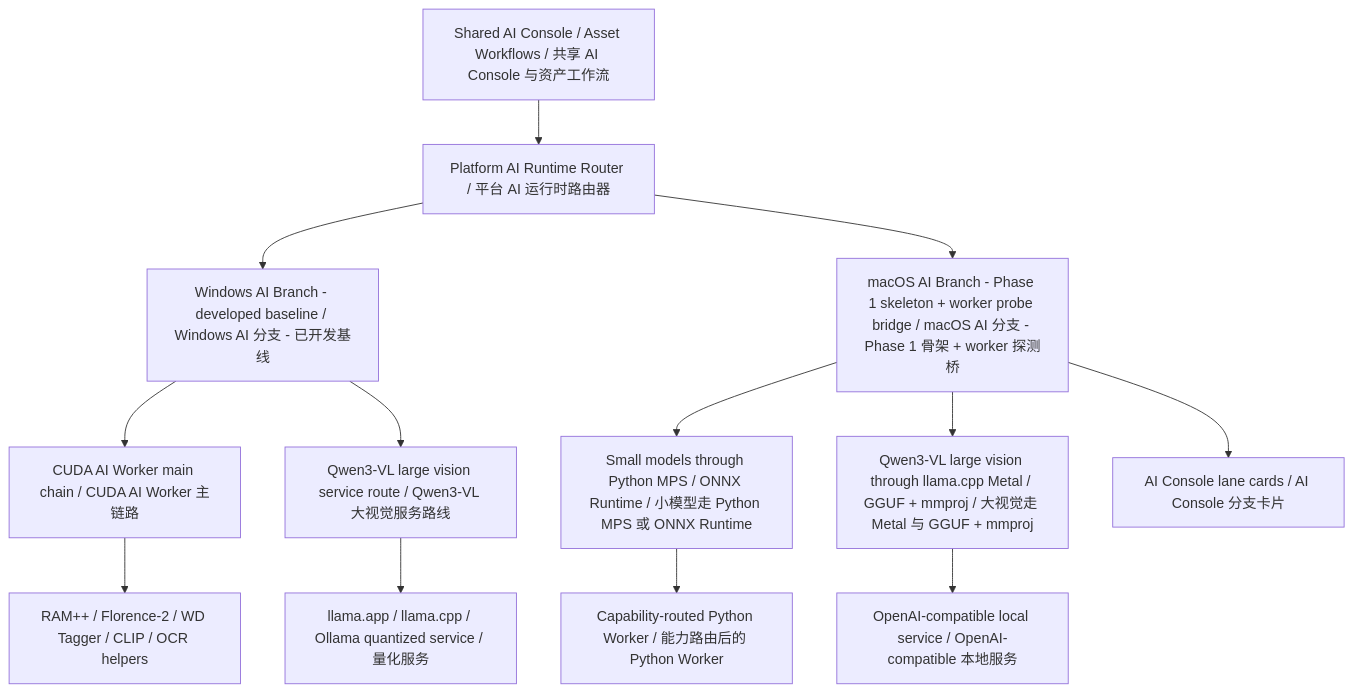
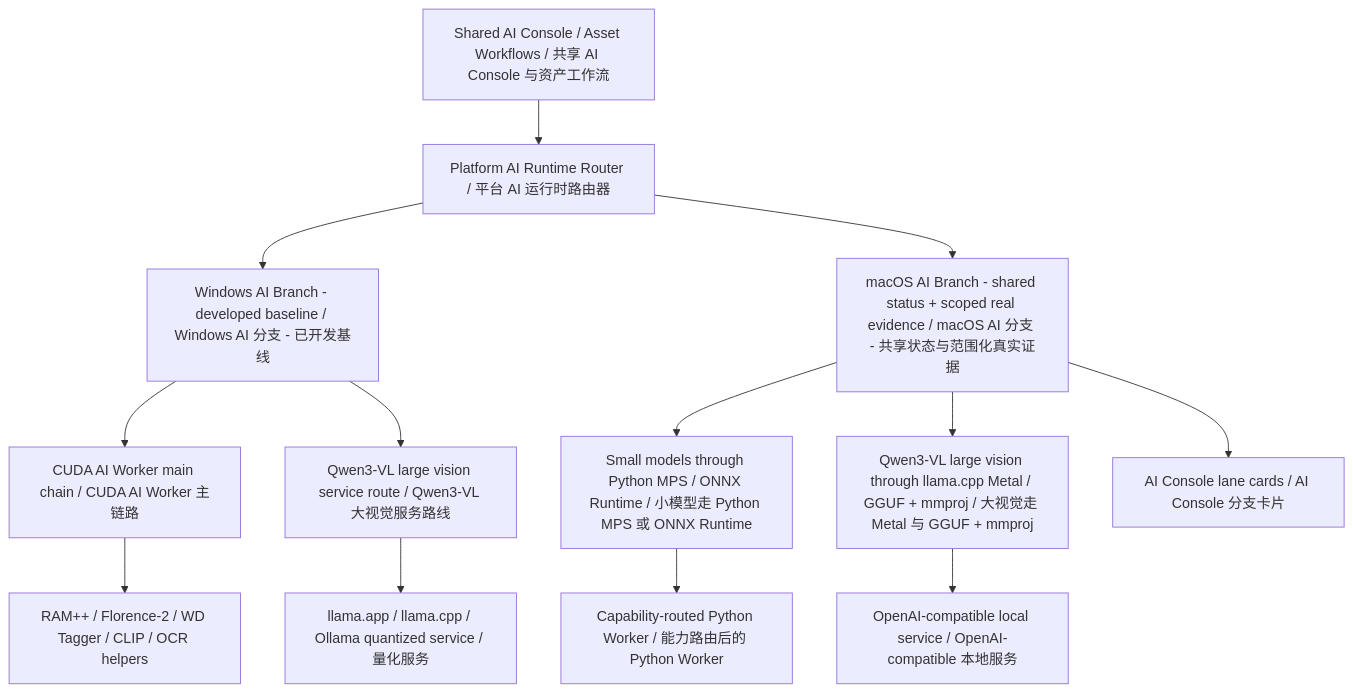
Before and after one commit to zhr0210/design-asset-manager: the fifth of 6 diagrams in docs/architecture-mindmap.md, drawn with Mermaid. The commit also changed other lines of this file and 7 other files, not shown here.

Commit message:
Align cross-platform architecture baseline

````diff
--- a/docs/architecture-mindmap.md
+++ b/docs/architecture-mindmap.md
@@ -266,17 +266,17 @@
 ```mermaid
 flowchart TB
   SharedUI["Shared AI Console / Asset Workflows / 共享 AI Console 与资产工作流"] --> RuntimeRouter["Platform AI Runtime Router / 平台 AI 运行时路由器"]
   RuntimeRouter --> WindowsBranch["Windows AI Branch - developed baseline / Windows AI 分支 - 已开发基线"]
-  RuntimeRouter --> MacBranch["macOS AI Branch - Phase 1 skeleton + worker probe bridge / macOS AI 分支 - Phase 1 骨架 + worker 探测桥"]
+  RuntimeRouter --> MacBranch["macOS AI Branch - shared status + scoped real evidence / macOS AI 分支 - 共享状态与范围化真实证据"]
 
   WindowsBranch --> WinSmall["CUDA AI Worker main chain / CUDA AI Worker 主链路"]
   WindowsBranch --> WinLarge["Qwen3-VL large vision service route / Qwen3-VL 大视觉服务路线"]
   WinSmall --> WinCoop["RAM++ / Florence-2 / WD Tagger / CLIP / OCR helpers"]
   WinLarge --> WinService["llama.app / llama.cpp / Ollama quantized service / 量化服务"]
 
   MacBranch --> MacSmall["Small models through Python MPS / ONNX Runtime / 小模型走 Python MPS 或 ONNX Runtime"]
   MacBranch --> MacLarge["Qwen3-VL large vision through llama.cpp Metal / GGUF + mmproj / 大视觉走 Metal 与 GGUF + mmproj"]
   MacBranch --> MacConsole["AI Console lane cards / AI Console 分支卡片"]
   MacSmall --> MacWorker["Capability-routed Python Worker / 能力路由后的 Python Worker"]
   MacLarge --> MacService["OpenAI-compatible local service / OpenAI-compatible 本地服务"]
 ```
````
